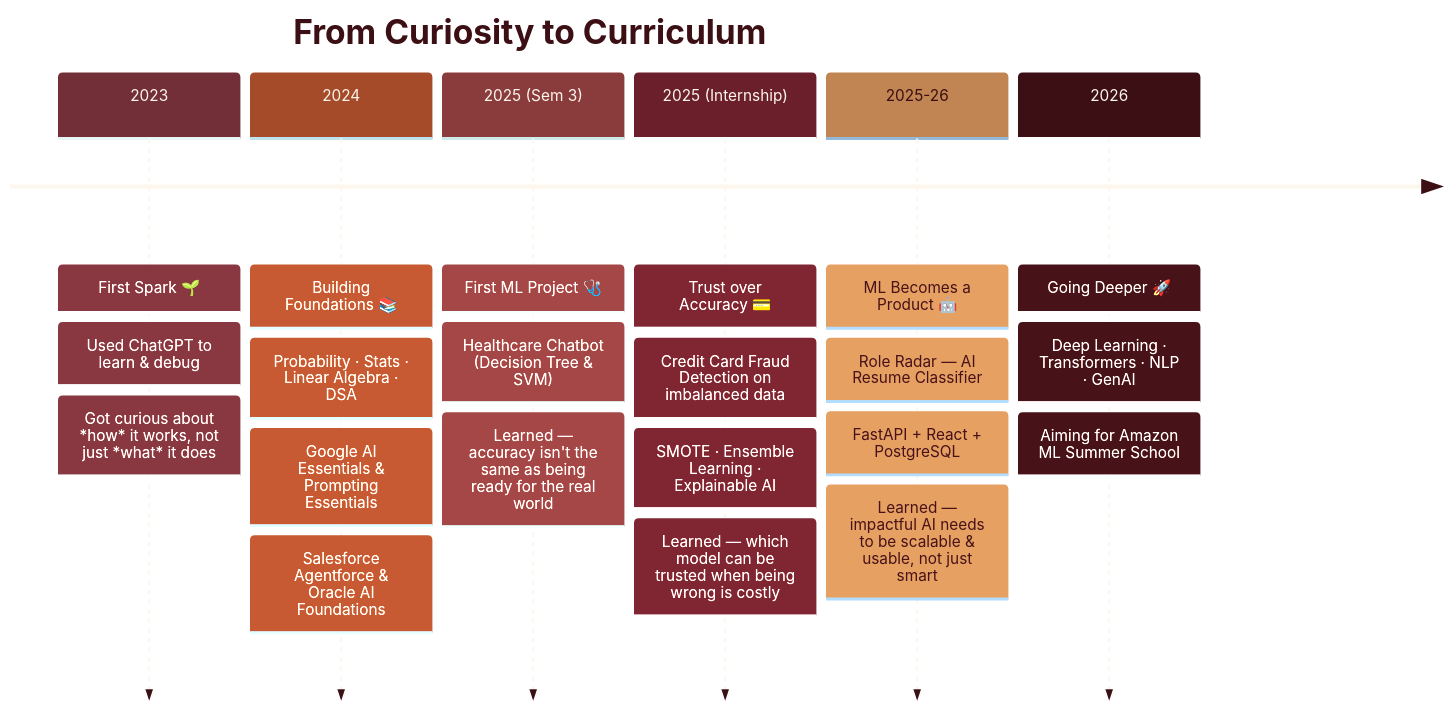
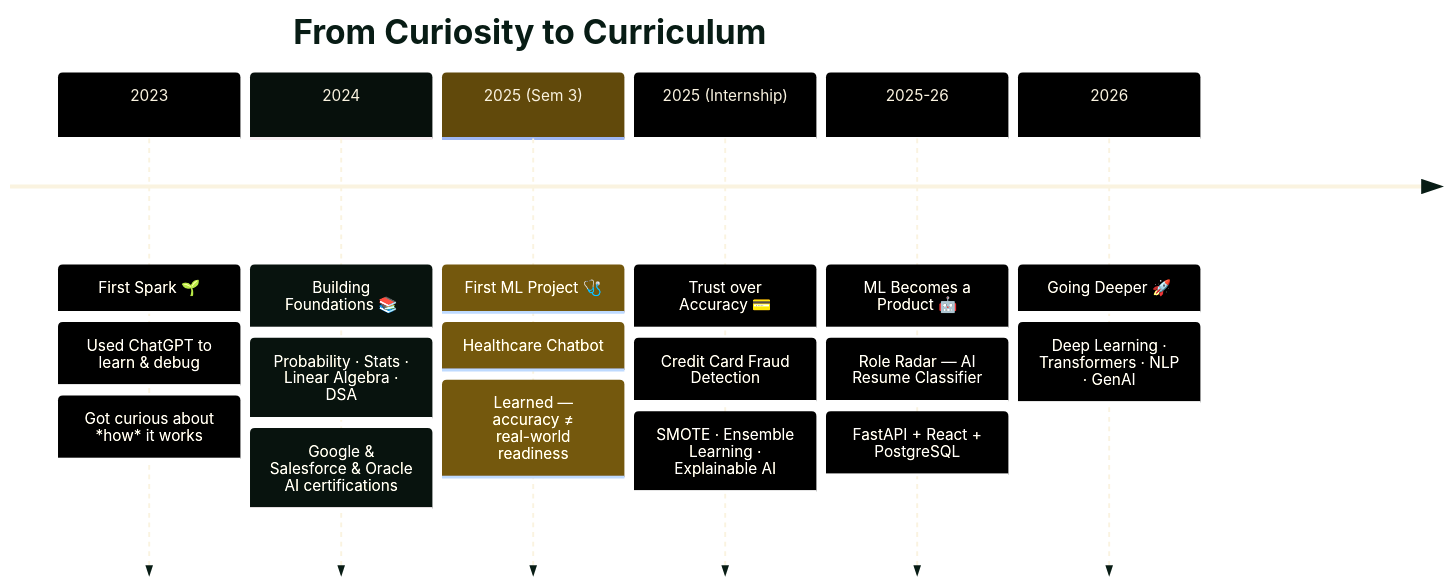
The diagram in README.MD (ridhima183/ridhima183), drawn with Mermaid before and after one commit. The commit also changed other lines of this file, not shown here.

````diff
--- a/README.MD
+++ b/README.MD
@@ -77,36 +53,24 @@
 ```mermaid
 %%{init: {
   "theme": "base",
   "themeVariables": {
-    "background": "#FDF6EC",
-    "primaryColor": "#722F37",
-    "primaryTextColor": "#FDF6EC",
-    "primaryBorderColor": "#3B0F14",
-    "secondaryColor": "#A64B2A",
-    "tertiaryColor": "#C08552",
-    "lineColor": "#6B1F2A",
-    "textColor": "#3B0F14",
-    "mainBkg": "#722F37",
-    "cScale0": "#722F37",
-    "cScale1": "#A64B2A",
-    "cScale2": "#8A3B3B",
-    "cScale3": "#6B1F2A",
-    "cScale4": "#C08552",
-    "cScale5": "#3B0F14",
-    "cScaleLabel0": "#FDF6EC",
-    "cScaleLabel1": "#FDF6EC",
-    "cScaleLabel2": "#FDF6EC",
-    "cScaleLabel3": "#FDF6EC",
-    "cScaleLabel4": "#3B0F14",
-    "cScaleLabel5": "#FDF6EC"
+    "background": "#FAF3E0",
+    "primaryColor": "#1B4332",
+    "primaryTextColor": "#FAF3E0",
+    "primaryBorderColor": "#081C15",
+    "secondaryColor": "#2D6A4F",
+    "tertiaryColor": "#D4A017",
+    "lineColor": "#52796F",
+    "textColor": "#081C15",
+    "mainBkg": "#1B4332"
   }
 }}%%
 timeline
     title From Curiosity to Curriculum
-    2023 : First Spark 🌱 : Used ChatGPT to learn & debug : Got curious about *how* it works, not just *what* it does
-    2024 : Building Foundations 📚 : Probability · Stats · Linear Algebra · DSA : Google AI Essentials & Prompting Essentials : Salesforce Agentforce & Oracle AI Foundations
-    2025 (Sem 3) : First ML Project 🩺 : Healthcare Chatbot (Decision Tree & SVM) : Learned — accuracy isn't the same as being ready for the real world
-    2025 (Internship) : Trust over Accuracy 💳 : Credit Card Fraud Detection on imbalanced data : SMOTE · Ensemble Learning · Explainable AI : Learned — which model can be trusted when being wrong is costly
-    2025-26 : ML Becomes a Product 🤖 : Role Radar — AI Resume Classifier : FastAPI + React + PostgreSQL : Learned — impactful AI needs to be scalable & usable, not just smart
-    2026 : Going Deeper 🚀 : Deep Learning · Transformers · NLP · GenAI : Aiming for Amazon ML Summer School
+    2023 : First Spark 🌱 : Used ChatGPT to learn & debug : Got curious about *how* it works
+    2024 : Building Foundations 📚 : Probability · Stats · Linear Algebra · DSA : Google & Salesforce & Oracle AI certifications
+    2025 (Sem 3) : First ML Project 🩺 : Healthcare Chatbot : Learned — accuracy ≠ real-world readiness
+    2025 (Internship) : Trust over Accuracy 💳 : Credit Card Fraud Detection : SMOTE · Ensemble Learning · Explainable AI
+    2025-26 : ML Becomes a Product 🤖 : Role Radar — AI Resume Classifier : FastAPI + React + PostgreSQL
+    2026 : Going Deeper 🚀 : Deep Learning · Transformers · NLP · GenAI
 ```
````
